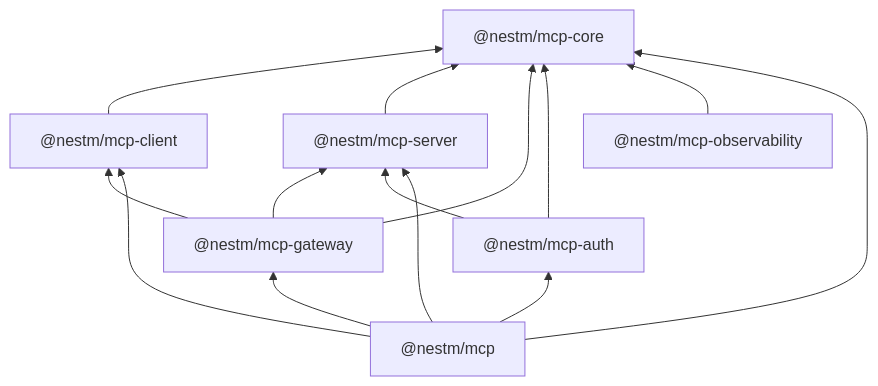
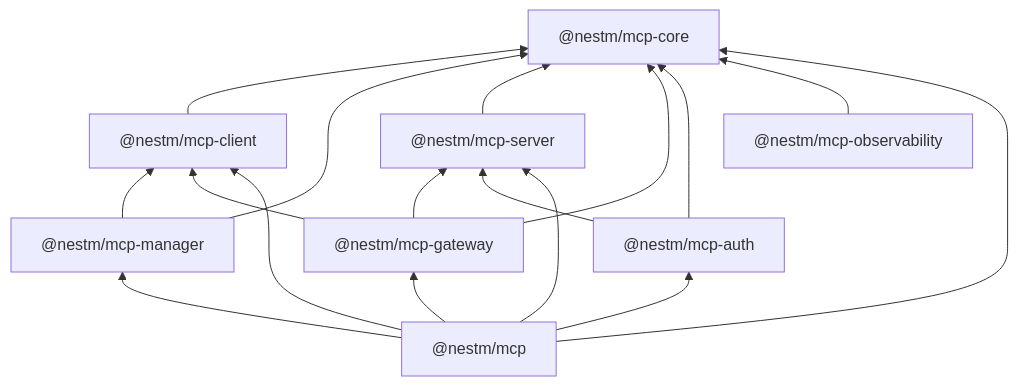
The diagram in README.md (nestm-dev/mcp), drawn with Mermaid before and after one commit. The commit also changed other lines of this file and 179 other files, not shown here.

Commit message:
feat: add MCP manager control plane and hub

````diff
--- a/README.md
+++ b/README.md
@@ -24,17 +25,20 @@
 ```mermaid
 flowchart BT
   core["@nestm/mcp-core"]
   client["@nestm/mcp-client"] --> core
+  manager["@nestm/mcp-manager"] --> core
+  manager --> client
   server["@nestm/mcp-server"] --> core
   gateway["@nestm/mcp-gateway"] --> core
   gateway --> client
   gateway --> server
   auth["@nestm/mcp-auth"] --> core
   auth --> server
   observability["@nestm/mcp-observability"] --> core
   nest["@nestm/mcp"] --> core
   nest --> server
   nest --> client
+  nest --> manager
   nest --> gateway
   nest --> auth
 ```
````
